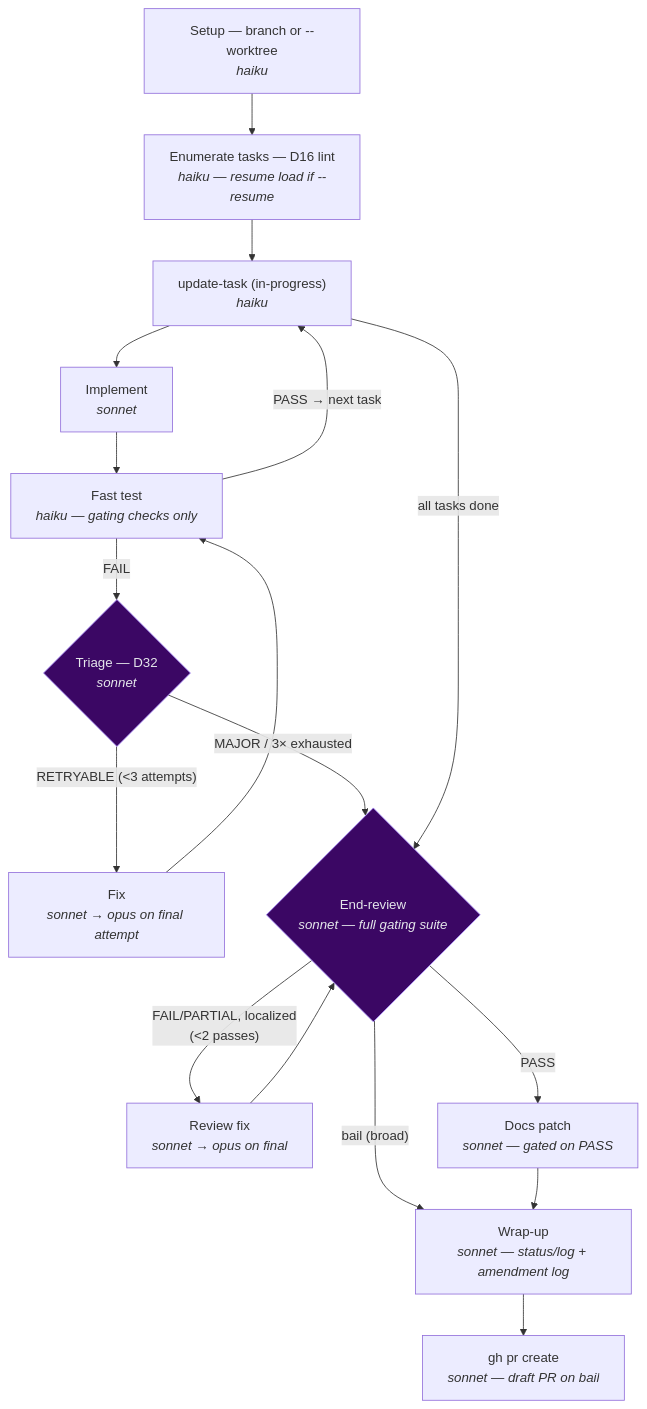
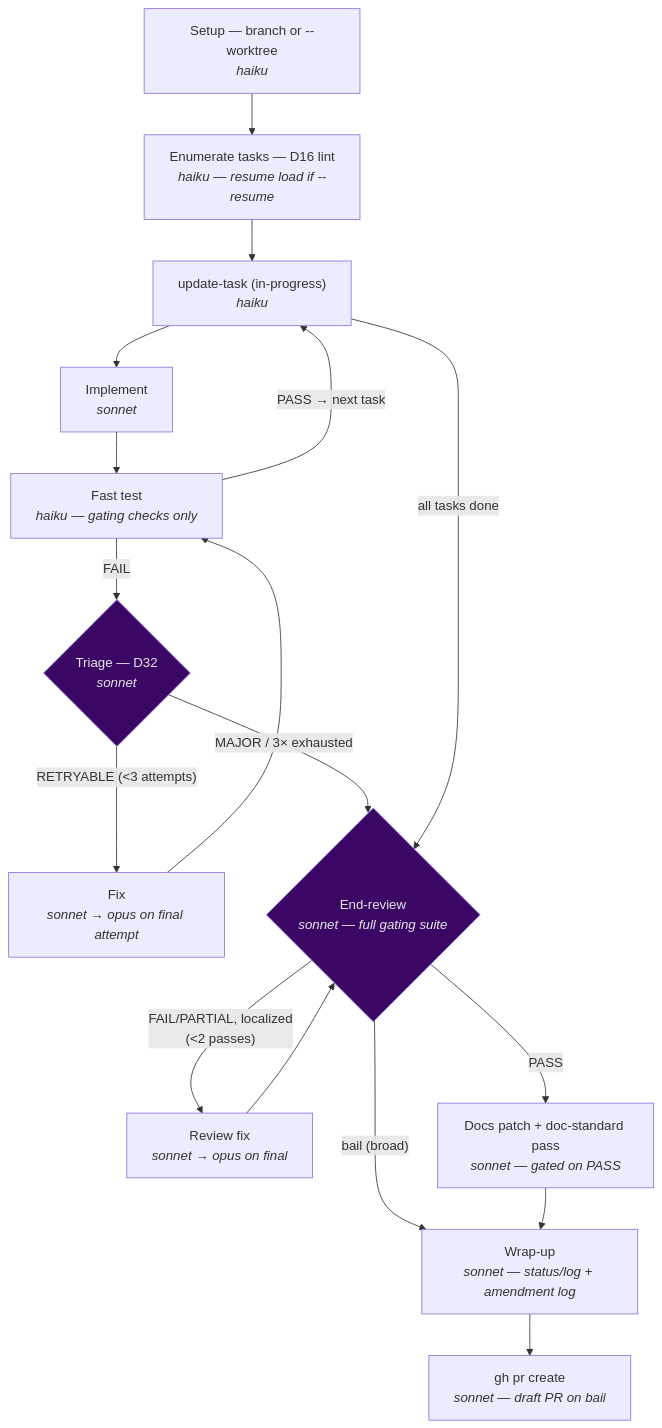
The diagram in docs/workflows/sdlc-flow.md (bredmond1019/agentic-base-template), drawn with Mermaid before and after one commit. The commit also changed other lines of this file and 3 other files, not shown here.

Commit message:
feat(harness): route docs through write-repo-doc — sdlc-flow docs stage + /close-out step 3b

````diff
--- a/docs/workflows/sdlc-flow.md
+++ b/docs/workflows/sdlc-flow.md
@@ -78,22 +78,22 @@
 ```mermaid
 flowchart TD
     Setup["Setup — branch or --worktree<br/><i>haiku</i>"] --> Enumerate["Enumerate tasks — D16 lint<br/><i>haiku — resume load if --resume</i>"]
     Enumerate --> UpdateTask["update-task (in-progress)<br/><i>haiku</i>"]
     UpdateTask --> Implement["Implement<br/><i>sonnet</i>"]
     Implement --> FastTest["Fast test<br/><i>haiku — gating checks only</i>"]
     FastTest -- "FAIL" --> Triage{"Triage — D32<br/><i>sonnet</i>"}
     Triage -- "RETRYABLE (&lt;3 attempts)" --> Fix["Fix<br/><i>sonnet &rarr; opus on final attempt</i>"]
     Fix --> FastTest
     Triage -- "MAJOR / 3&times; exhausted" --> Review
     FastTest -- "PASS &rarr; next task" --> UpdateTask
     UpdateTask -- "all tasks done" --> Review{"End-review<br/><i>sonnet — full gating suite</i>"}
     Review -- "FAIL/PARTIAL, localized<br/>(&lt;2 passes)" --> ReviewFix["Review fix<br/><i>sonnet &rarr; opus on final</i>"]
     ReviewFix --> Review
-    Review -- "PASS" --> Docs["Docs patch<br/><i>sonnet — gated on PASS</i>"]
+    Review -- "PASS" --> Docs["Docs patch + doc-standard pass<br/><i>sonnet — gated on PASS</i>"]
     Review -- "bail (broad)" --> Wrapup["Wrap-up<br/><i>sonnet — status/log + amendment log</i>"]
     Docs --> Wrapup
     Wrapup --> PR["gh pr create<br/><i>sonnet — draft PR on bail</i>"]
 
     classDef gate fill:#3b0764,stroke:#a78bfa,color:#e5e7eb;
     class Review,Triage gate;
 ```
````
